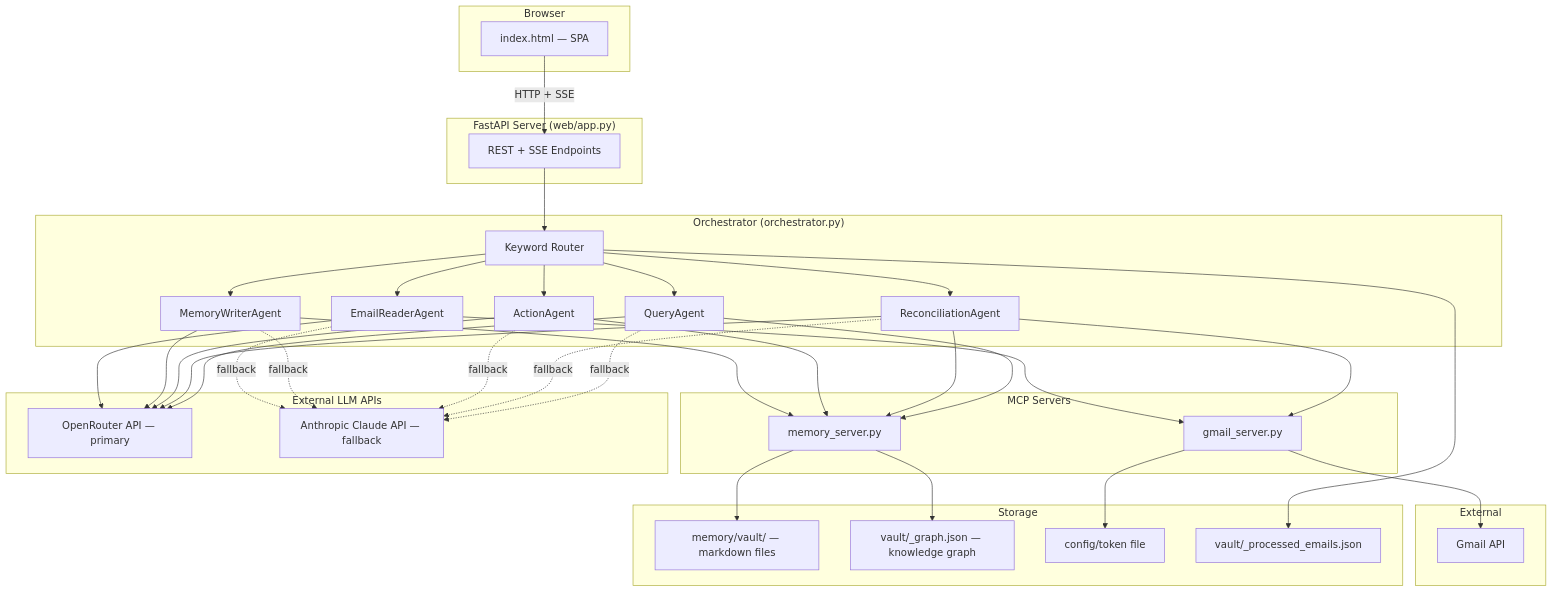
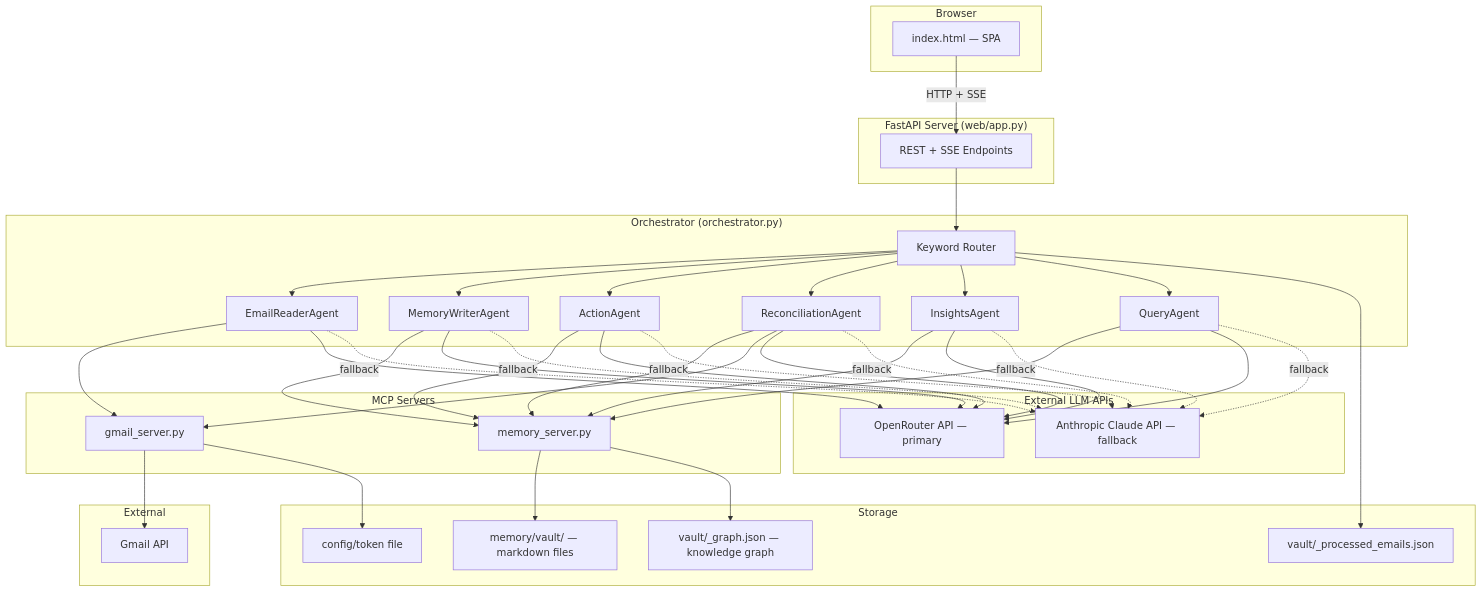
One commit to ifeanyi-okafor/email-memory-agent changed the diagram in docs/architecture-overview.md. Above: the diagram before and after it, drawn with Mermaid. The commit also changed other lines of this file and 8 other files, not shown here.

````diff
--- a/docs/architecture-overview.md
+++ b/docs/architecture-overview.md
@@ -5,69 +5,74 @@
 ```mermaid
 graph TB
     subgraph Browser
         UI[index.html — SPA]
     end
 
     subgraph "FastAPI Server (web/app.py)"
         API[REST + SSE Endpoints]
     end
 
     subgraph "Orchestrator (orchestrator.py)"
         Router[Keyword Router]
         ER[EmailReaderAgent]
         MW[MemoryWriterAgent]
         AA[ActionAgent]
         RA[ReconciliationAgent]
+        IA[InsightsAgent]
         QA[QueryAgent]
     end
 
     subgraph "MCP Servers"
         GS[gmail_server.py]
         MS[memory_server.py]
     end
 
     subgraph "External LLM APIs"
         OR[OpenRouter API — primary]
         Claude[Anthropic Claude API — fallback]
     end
 
     subgraph External
         Gmail[Gmail API]
     end
 
     subgraph Storage
         Vault[memory/vault/ — markdown files]
         Graph[vault/_graph.json — knowledge graph]
         Token[config/token file]
         Processed[vault/_processed_emails.json]
     end
 
     UI -->|HTTP + SSE| API
     API --> Router
     Router --> ER
     Router --> MW
     Router --> AA
     Router --> RA
+    Router --> IA
     Router --> QA
     ER --> GS
     ER --> OR
     ER -.->|fallback| Claude
     MW --> MS
     MW --> OR
     MW -.->|fallback| Claude
     AA --> MS
     AA --> OR
     AA -.->|fallback| Claude
     RA --> MS
     RA --> GS
     RA --> OR
     RA -.->|fallback| Claude
+    IA --> MS
+    IA --> OR
+    IA -.->|fallback| Claude
     QA --> MS
     QA --> OR
     QA -.->|fallback| Claude
     GS --> Gmail
     MS --> Vault
     MS --> Graph
     GS --> Token
     Router --> Processed
 ```
````
